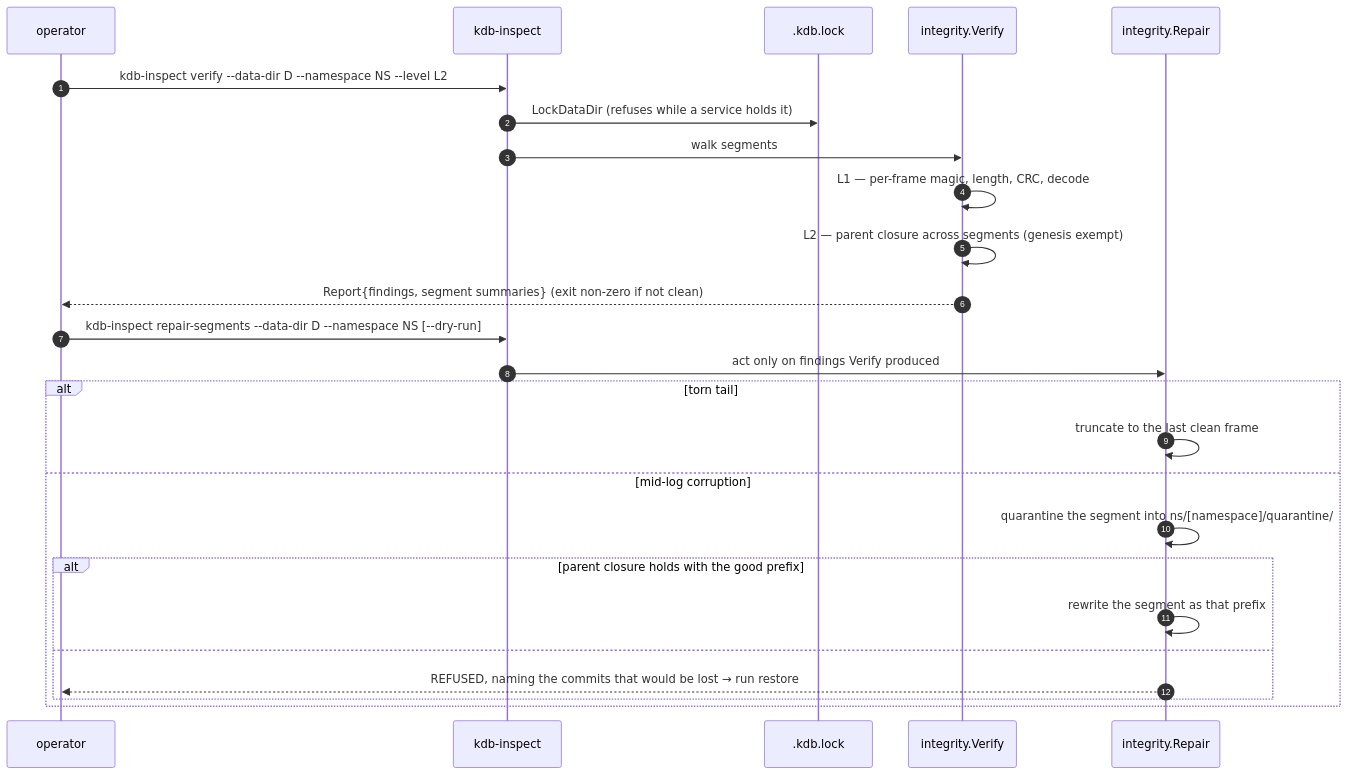
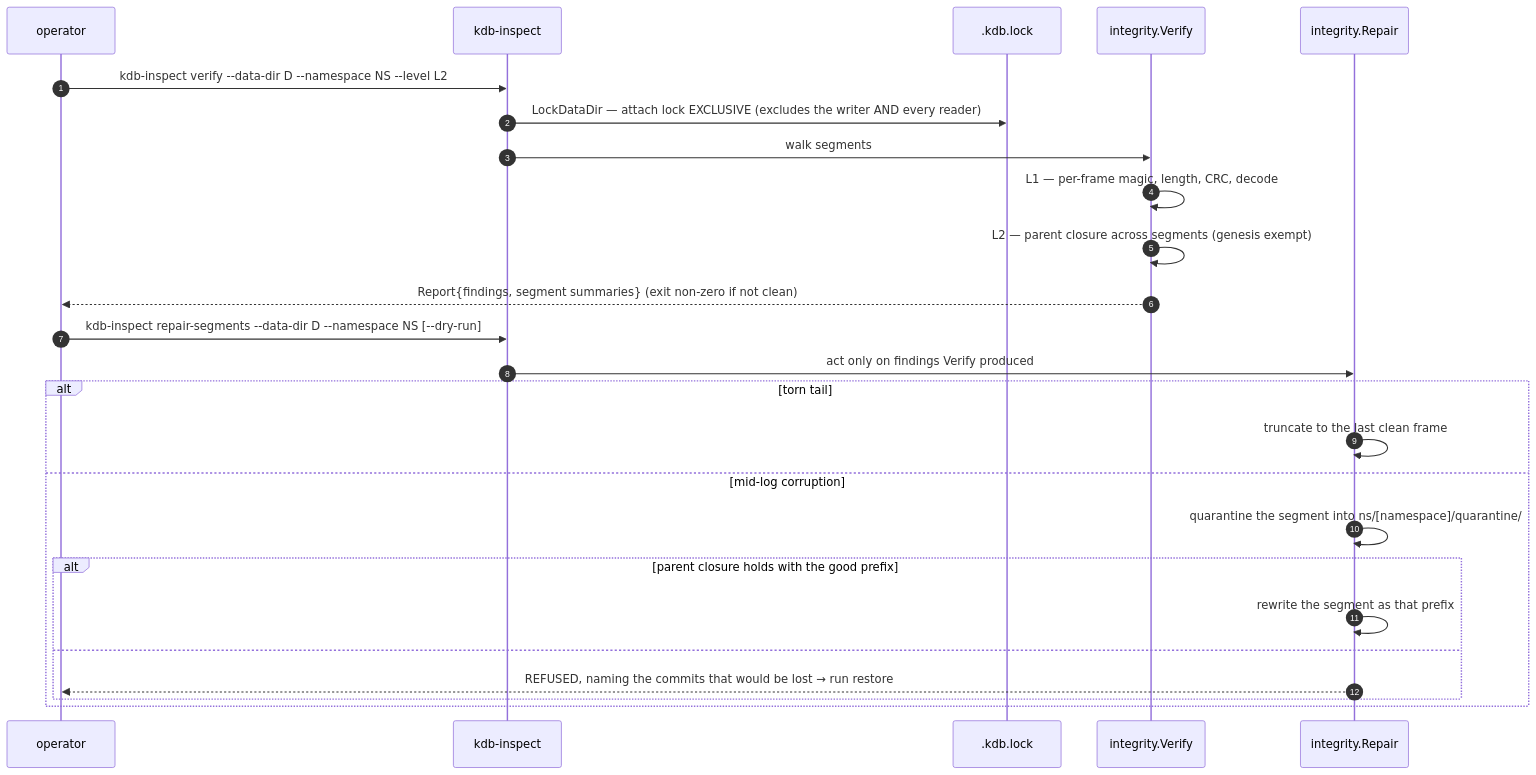
One commit to dbeasty/kdb changed diagram 17 of 26 in docs/kdb-lld-flows.md. Above: the diagram before and after it, drawn with Mermaid. The commit also changed other lines of this file and 8 other files, not shown here.

````diff
--- a/docs/kdb-lld-flows.md
+++ b/docs/kdb-lld-flows.md
@@ -659,29 +688,29 @@
 ```mermaid
 sequenceDiagram
     autonumber
     participant OP as operator
     participant I as kdb-inspect
     participant L as .kdb.lock
     participant V as integrity.Verify
     participant R as integrity.Repair
 
     OP->>I: kdb-inspect verify --data-dir D --namespace NS --level L2
-    I->>L: LockDataDir (refuses while a service holds it)
+    I->>L: LockDataDir — attach lock EXCLUSIVE (excludes the writer AND every reader)
     I->>V: walk segments
     V->>V: L1 — per-frame magic, length, CRC, decode
     V->>V: L2 — parent closure across segments (genesis exempt)
     V-->>OP: Report{findings, segment summaries}  (exit non-zero if not clean)
 
     OP->>I: kdb-inspect repair-segments --data-dir D --namespace NS [--dry-run]
     I->>R: act only on findings Verify produced
     alt torn tail
         R->>R: truncate to the last clean frame
     else mid-log corruption
         R->>R: quarantine the segment into ns/[namespace]/quarantine/
         alt parent closure holds with the good prefix
             R->>R: rewrite the segment as that prefix
         else
             R-->>OP: REFUSED, naming the commits that would be lost → run restore
         end
     end
 ```
````
